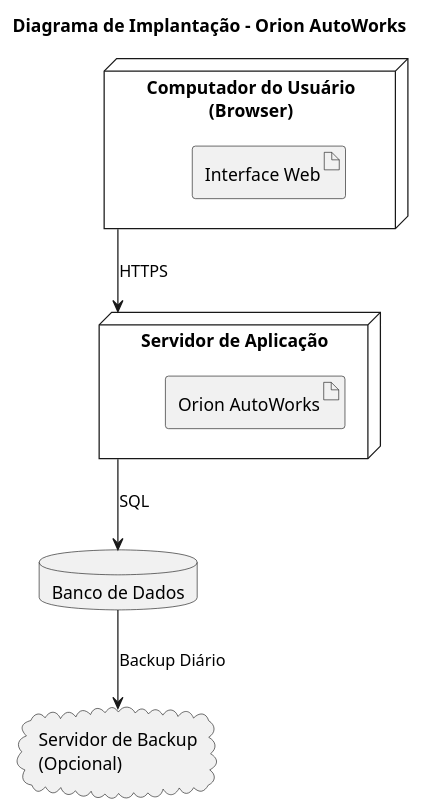
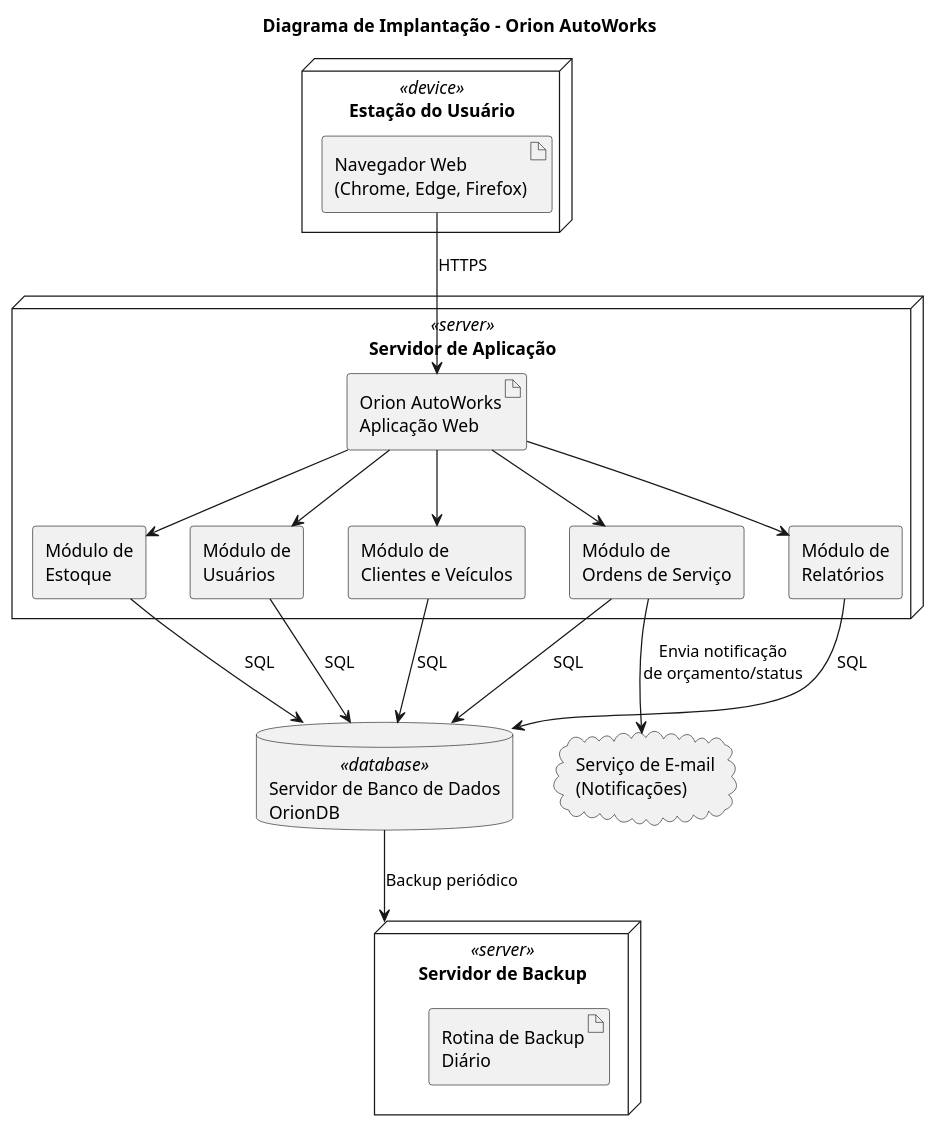
One commit to bernardocdm/orion-software-project changed the diagram in plantuml/diagrama-implatacao.puml. Above: the diagram before and after it, drawn with PlantUML. The commit also changed 7 other files, not shown here.

```diff
--- a/plantuml/diagrama-implatacao.puml
+++ b/plantuml/diagrama-implatacao.puml
@@ -1,20 +1,47 @@
 @startuml implant
 title Diagrama de Implantação - Orion AutoWorks
 
-node "Computador do Usuário\n(Browser)" as Client {
-    artifact "Interface Web"
+skinparam componentStyle rectangle
+top to bottom direction
+
+node "Estação do Usuário" <<device>> as Client {
+    artifact "Navegador Web\n(Chrome, Edge, Firefox)" as Browser
 }
 
-node "Servidor de Aplicação" as Server {
-    artifact "Orion AutoWorks"
+node "Servidor de Aplicação" <<server>> as AppServer {
+
+    artifact "Orion AutoWorks\nAplicação Web" as WebApp
+
+    component "Módulo de\nUsuários" as Usuario
+    component "Módulo de\nClientes e Veículos" as ClienteVeiculo
+    component "Módulo de\nOrdens de Serviço" as OS
+    component "Módulo de\nEstoque" as Estoque
+    component "Módulo de\nRelatórios" as Relatorios
+
+    WebApp --> Usuario
+    WebApp --> ClienteVeiculo
+    WebApp --> OS
+    WebApp --> Estoque
+    WebApp --> Relatorios
 }
 
-database "Banco de Dados" as DB
+database "Servidor de Banco de Dados\nOrionDB" <<database>> as DB
 
-cloud "Servidor de Backup\n(Opcional)" as Backup
+node "Servidor de Backup" <<server>> as Backup {
+    artifact "Rotina de Backup\nDiário"
+}
 
-Client --> Server : HTTPS
-Server --> DB : SQL
-DB --> Backup : Backup Diário
+cloud "Serviço de E-mail\n(Notificações)" as Email
+
+Browser --> WebApp : HTTPS
+Usuario --> DB : SQL
+ClienteVeiculo --> DB : SQL
+OS --> DB : SQL
+Estoque --> DB : SQL
+Relatorios --> DB : SQL
+
+OS --> Email : Envia notificação\nde orçamento/status
+
+DB --> Backup : Backup periódico
 
 @enduml
```
